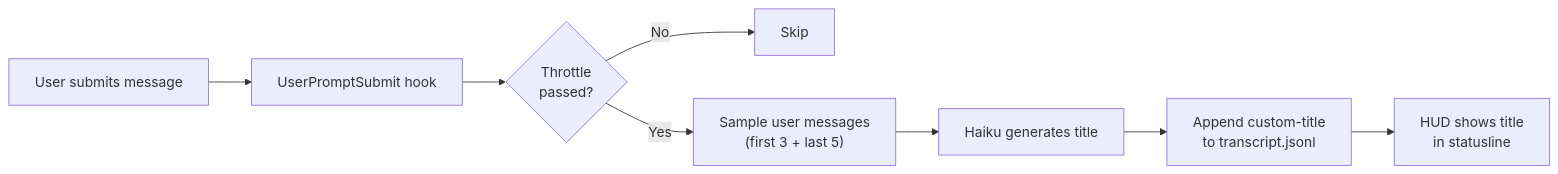
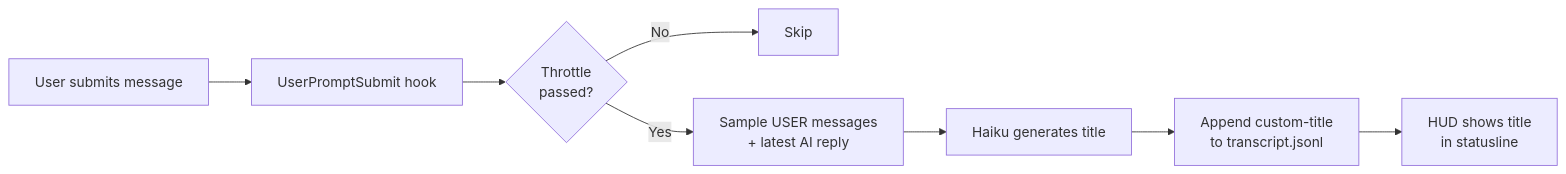
The diagram in README.md (macworld/claude-live-title), drawn with Mermaid before and after one commit. The commit also changed other lines of this file and 1 other file, not shown here.

````diff
--- a/README.md
+++ b/README.md
@@ -36,10 +42,10 @@
 ```mermaid
 flowchart LR
     A[User submits message] --> B[UserPromptSubmit hook]
     B --> C{Throttle<br/>passed?}
     C -->|No| D[Skip]
-    C -->|Yes| E["Sample user messages<br/>(first 3 + last 5)"]
+    C -->|Yes| E["Sample USER messages<br/>+ latest AI reply"]
     E --> F[Haiku generates title]
     F --> G[Append custom-title<br/>to transcript.jsonl]
     G --> H[HUD shows title<br/>in statusline]
 ```
````
